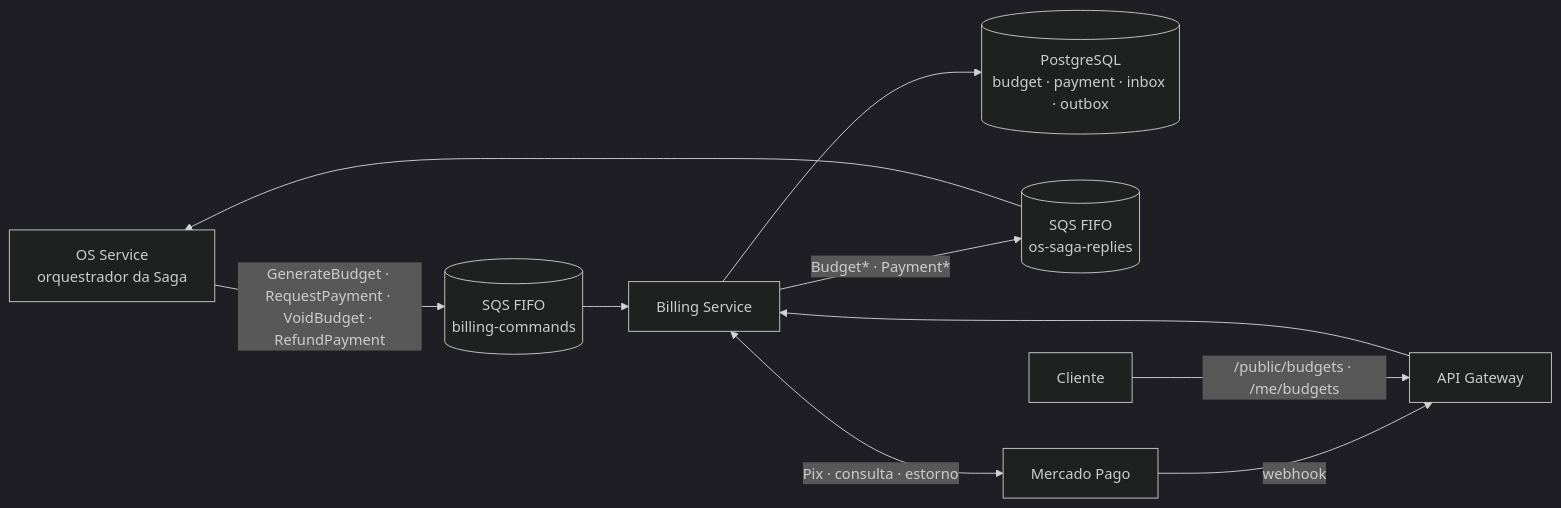
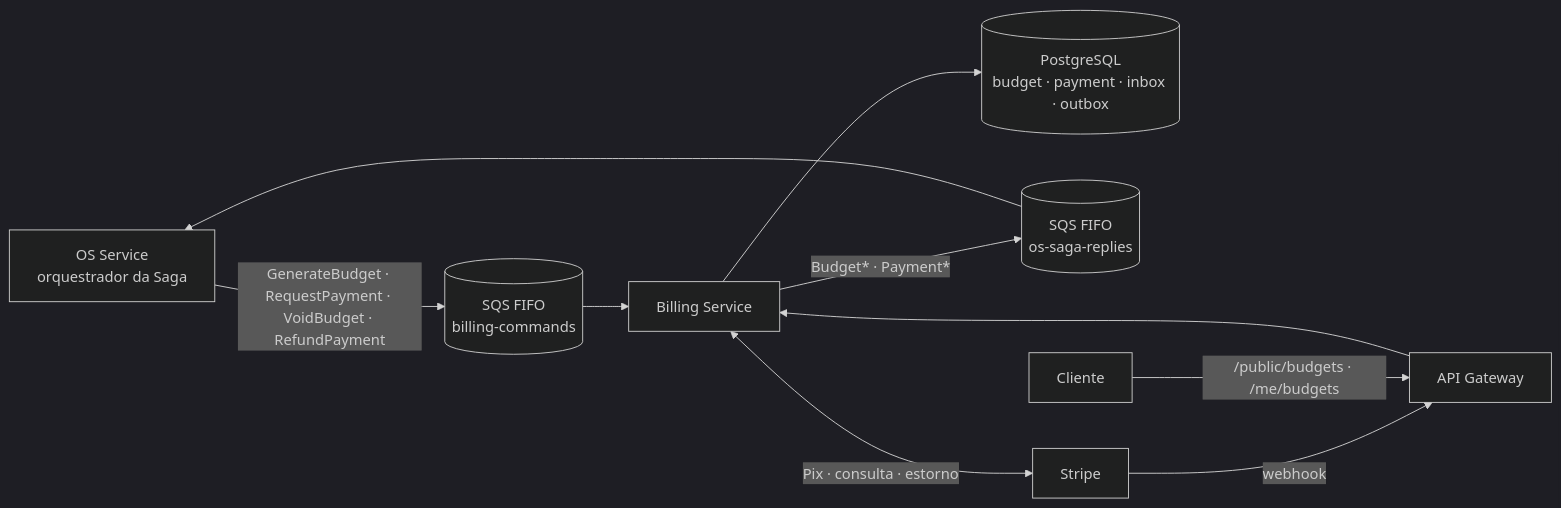
One commit to victor-duarte-mendonca/oficina-billing-service changed the diagram in README.md. Above: the diagram before and after it, drawn with Mermaid (dark theme). The commit also changed other lines of this file and 33 other files, not shown here.

First line of the commit message:
feat(billing): adapter Stripe (Pix, modo de teste) no lugar do Mercado Pago

````diff
--- a/README.md
+++ b/README.md
@@ -24,11 +24,11 @@
 ```mermaid
 flowchart LR
   OS[OS Service<br/>orquestrador da Saga] -- "GenerateBudget · RequestPayment · VoidBudget · RefundPayment" --> Q1[(SQS FIFO<br/>billing-commands)]
   Q1 --> BI[Billing Service]
   BI --> DB[(PostgreSQL<br/>budget · payment · inbox · outbox)]
   BI -- "Budget* · Payment*" --> Q2[(SQS FIFO<br/>os-saga-replies)]
   Q2 --> OS
-  BI <-- "Pix · consulta · estorno" --> MP[Mercado Pago]
+  BI <-- "Pix · consulta · estorno" --> MP[Stripe]
   MP -- "webhook" --> GW[API Gateway] --> BI
   C[Cliente] -- "/public/budgets · /me/budgets" --> GW
 ```
````
